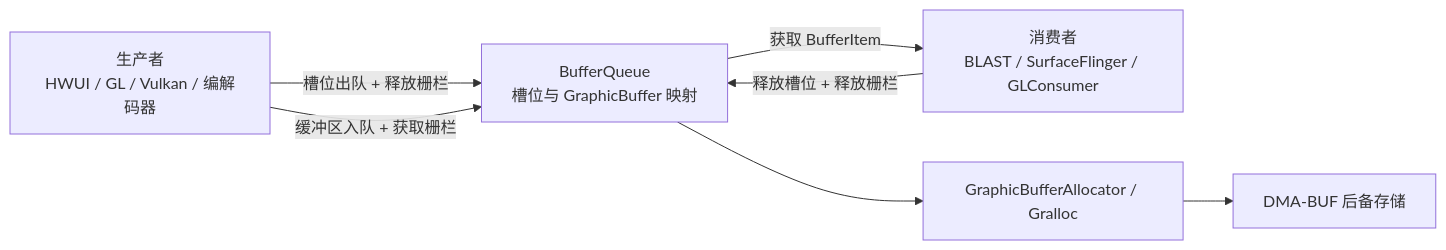
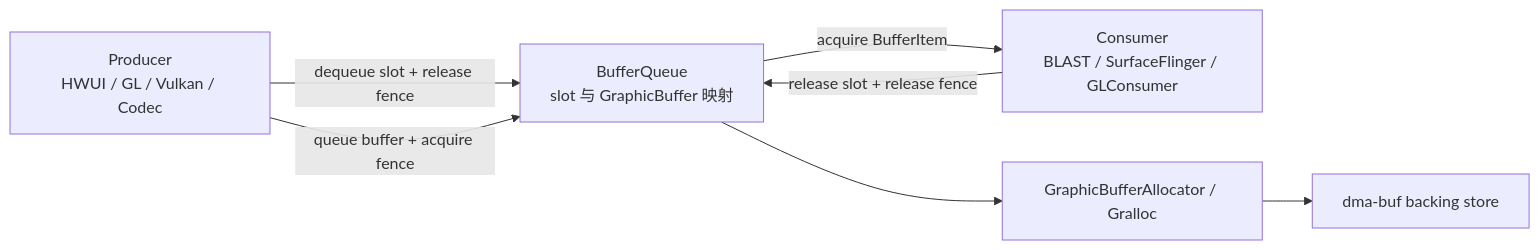
Before and after one commit to Gracker/android-internals-wiki: the first of 2 diagrams in src/part1-fundamentals/ch02-rendering/32-graphic-buffer-memory-pool.md, drawn with Mermaid. The commit also changed other lines of this file and 4 other files, not shown here.

````diff
--- a/src/part1-fundamentals/ch02-rendering/32-graphic-buffer-memory-pool.md
+++ b/src/part1-fundamentals/ch02-rendering/32-graphic-buffer-memory-pool.md
@@ -75,9 +75,9 @@
 ```mermaid
 flowchart LR
-    P["生产者<br/>HWUI / GL / Vulkan / 编解码器"] -->|"槽位出队 + 释放栅栏"| Q["BufferQueue<br/>槽位与 GraphicBuffer 映射"]
-    P -->|"缓冲区入队 + 获取栅栏"| Q
-    Q -->|"获取 BufferItem"| C["消费者<br/>BLAST / SurfaceFlinger / GLConsumer"]
-    C -->|"释放槽位 + 释放栅栏"| Q
+    P["Producer<br/>HWUI / GL / Vulkan / Codec"] -->|"dequeue slot + release fence"| Q["BufferQueue<br/>slot 与 GraphicBuffer 映射"]
+    P -->|"queue buffer + acquire fence"| Q
+    Q -->|"acquire BufferItem"| C["Consumer<br/>BLAST / SurfaceFlinger / GLConsumer"]
+    C -->|"release slot + release fence"| Q
     Q --> G["GraphicBufferAllocator / Gralloc"]
-    G --> D["DMA-BUF 后备存储"]
+    G --> D["dma-buf backing store"]
 ```
````
